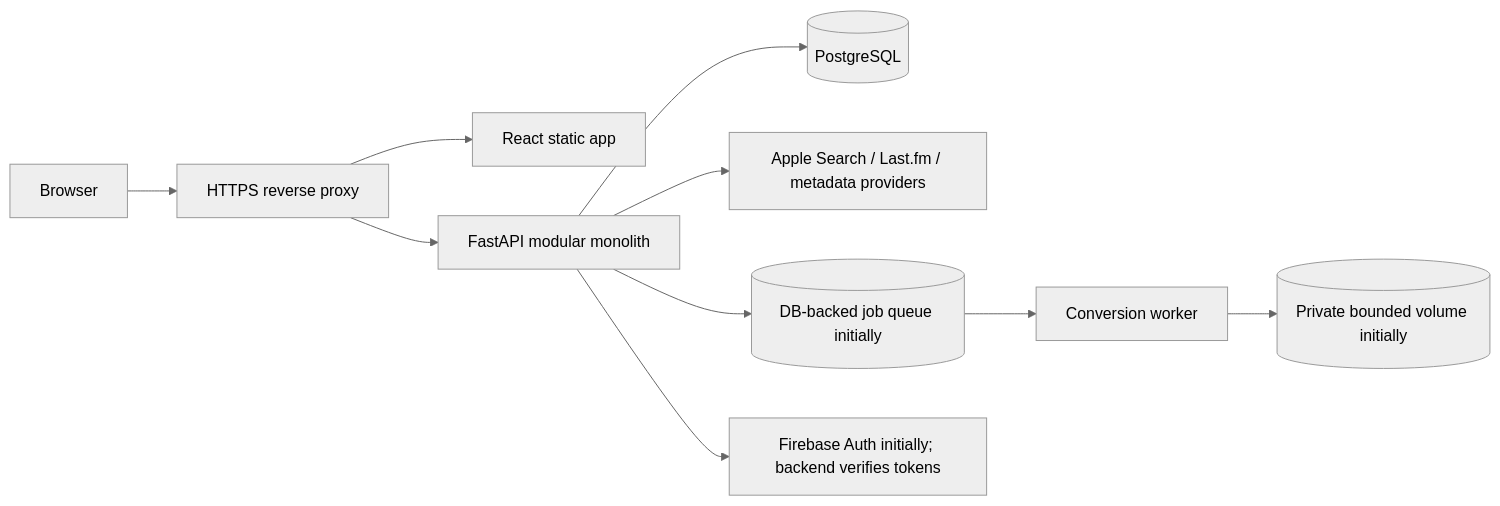
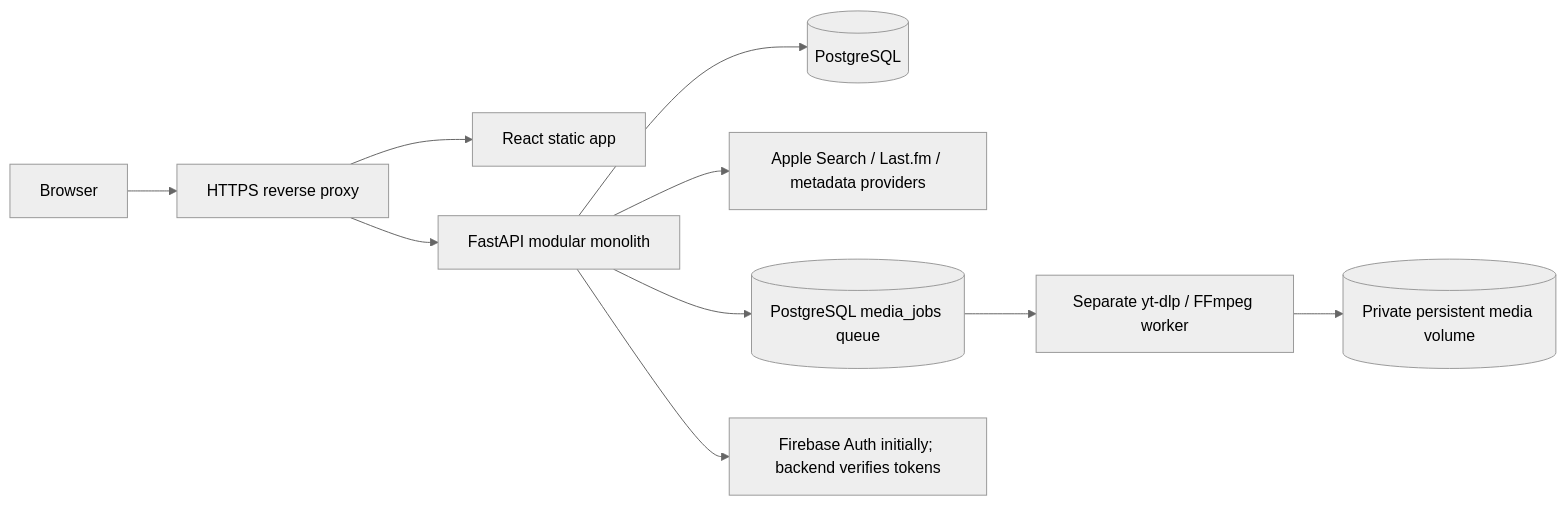
One commit to ShouryaAswal/SunLena changed the diagram in design docs/02-architecture-and-decisions.md. Above: the diagram before and after it, drawn with Mermaid (neutral theme). The commit also changed other lines of this file and 35 other files, not shown here.

````diff
--- a/design docs/02-architecture-and-decisions.md
+++ b/design docs/02-architecture-and-decisions.md
@@ -6,12 +6,12 @@
 ```mermaid
 flowchart LR
  Browser --> Proxy[HTTPS reverse proxy]
  Proxy --> Web[React static app]
  Proxy --> API[FastAPI modular monolith]
  API --> PG[(PostgreSQL)]
  API --> Providers[Apple Search / Last.fm / metadata providers]
- API --> Jobs[(DB-backed job queue initially)]
- Jobs --> Worker[Conversion worker]
- Worker --> Media[(Private bounded volume initially)]
+ API --> Jobs[(PostgreSQL media_jobs queue)]
+ Jobs --> Worker[Separate yt-dlp / FFmpeg worker]
+ Worker --> Media[(Private persistent media volume)]
  API --> Auth[Firebase Auth initially; backend verifies tokens]
 ```
````
